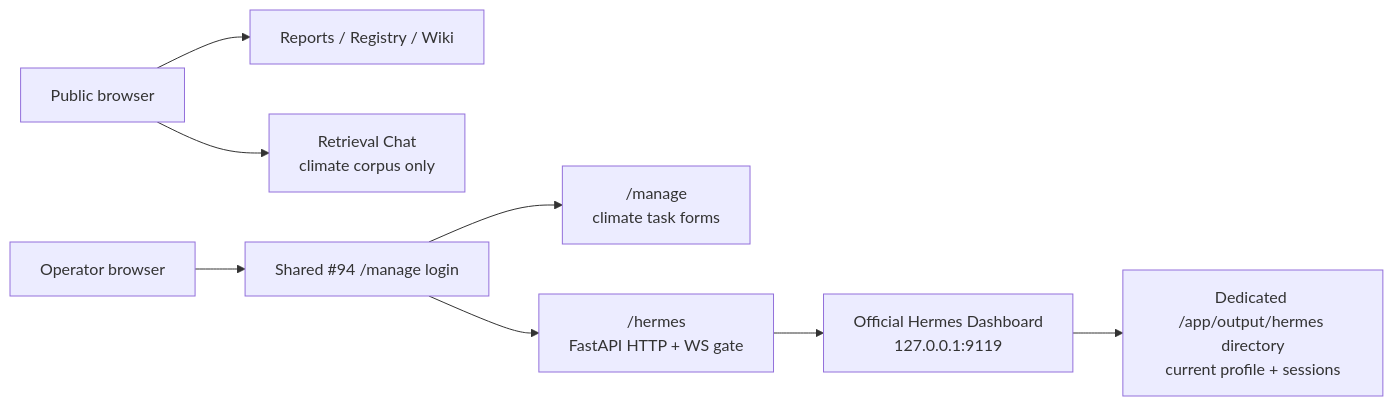
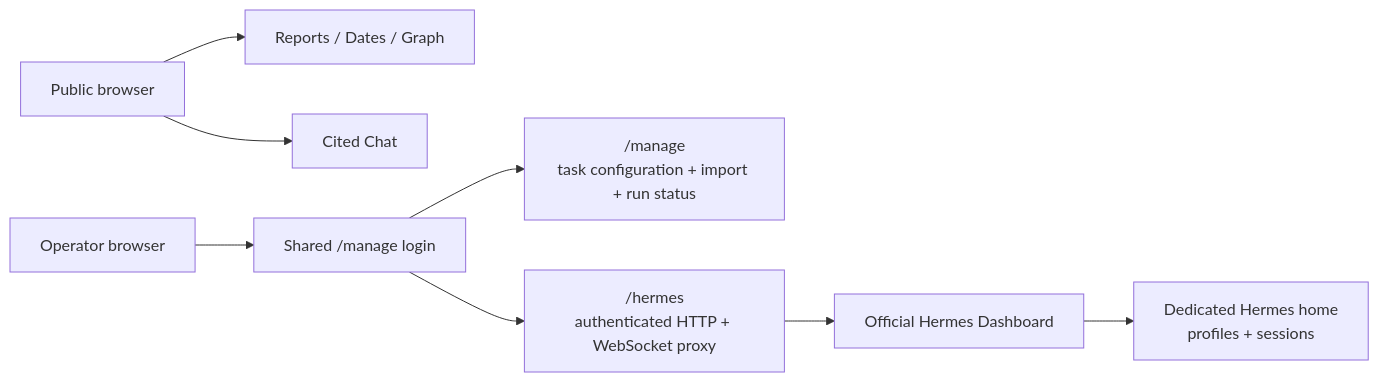
Before and after one commit to ferryhe/climate_monitor_wiki: the second of 2 diagrams in README.md, drawn with Mermaid. The commit also changed other lines of this file, not shown here.

Commit message:
docs: simplify README and reflect current pipeline

````diff
--- a/README.md
+++ b/README.md
@@ -700,10 +82,10 @@
 ```mermaid
 flowchart LR
-    Public["Public browser"] --> Reports["Reports / Registry / Wiki"]
-    Public --> RAG["Retrieval Chat<br/>climate corpus only"]
-    Operator["Operator browser"] --> Login["Shared #94 /manage login"]
-    Login --> Manage["/manage<br/>climate task forms"]
-    Login --> Proxy["/hermes<br/>FastAPI HTTP + WS gate"]
-    Proxy --> Dashboard["Official Hermes Dashboard<br/>127.0.0.1:9119"]
-    Dashboard --> Store["Dedicated /app/output/hermes directory<br/>current profile + sessions"]
+    Public["Public browser"] --> Reports["Reports / Dates / Graph"]
+    Public --> RAG["Cited Chat"]
+    Operator["Operator browser"] --> Login["Shared /manage login"]
+    Login --> Manage["/manage<br/>task configuration + import + run status"]
+    Login --> Proxy["/hermes<br/>authenticated HTTP + WebSocket proxy"]
+    Proxy --> Dashboard["Official Hermes Dashboard"]
+    Dashboard --> Store["Dedicated Hermes home<br/>profiles + sessions"]
 ```
````
